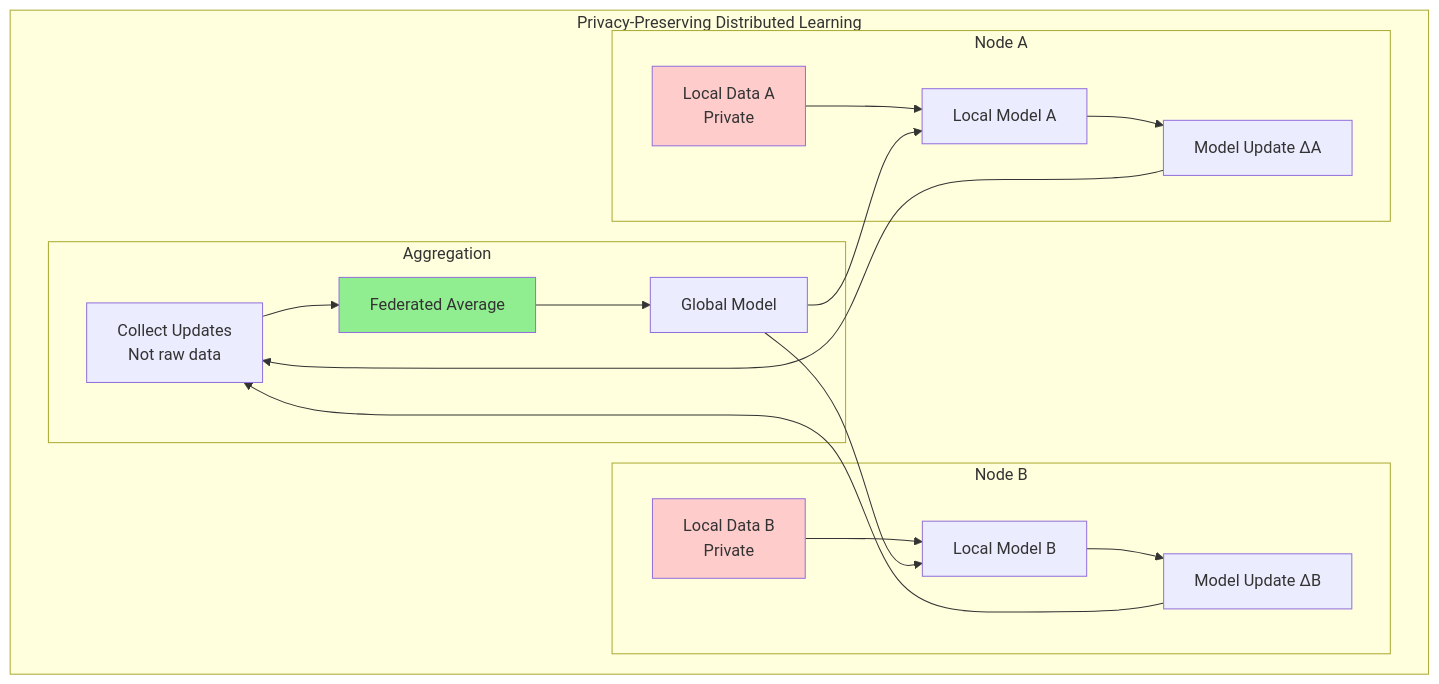
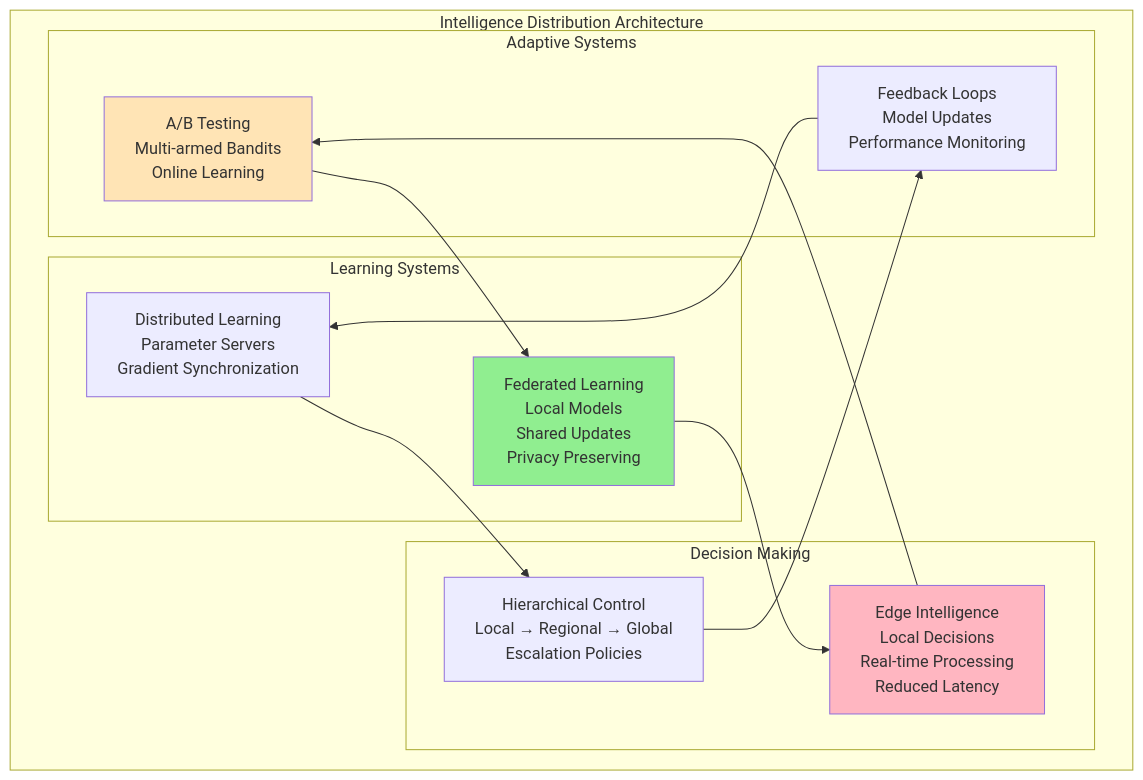
The first of 5 diagrams in docs/core-principles/pillars/intelligence-distribution.md (deepaucksharma/DStudio), drawn with Mermaid before and after one commit. The commit also changed other lines of this file and 112 other files, not shown here.

Commit message:
Update distributed systems documentation and add learning modules

````diff
--- a/docs/core-principles/pillars/intelligence-distribution.md
+++ b/docs/core-principles/pillars/intelligence-distribution.md
@@ -130,38 +17,30 @@
 ```mermaid
 graph TB
-    subgraph "Privacy-Preserving Distributed Learning"
-        subgraph "Node A"
-            DataA[Local Data A<br/>Private]
-            ModelA[Local Model A]
-            UpdateA[Model Update ΔA]
-            DataA --> ModelA
-            ModelA --> UpdateA
+    subgraph "Intelligence Distribution Architecture"
+        subgraph "Learning Systems"
+            FL[Federated Learning<br/>Local Models<br/>Shared Updates<br/>Privacy Preserving]
+            DL[Distributed Learning<br/>Parameter Servers<br/>Gradient Synchronization]
         end
         
-        subgraph "Node B"
-            DataB[Local Data B<br/>Private]
-            ModelB[Local Model B]
-            UpdateB[Model Update ΔB]
-            DataB --> ModelB
-            ModelB --> UpdateB
+        subgraph "Decision Making"
+            Edge[Edge Intelligence<br/>Local Decisions<br/>Real-time Processing<br/>Reduced Latency]
+            Hierarchical[Hierarchical Control<br/>Local → Regional → Global<br/>Escalation Policies]
         end
         
-        subgraph "Aggregation"
-            Collect[Collect Updates<br/>Not raw data]
-            Average[Federated Average]
-            Global[Global Model]
-            
-            UpdateA --> Collect
-            UpdateB --> Collect
-            Collect --> Average
-            Average --> Global
+        subgraph "Adaptive Systems"
+            AB[A/B Testing<br/>Multi-armed Bandits<br/>Online Learning]
+            Feedback[Feedback Loops<br/>Model Updates<br/>Performance Monitoring]
         end
         
-        Global --> ModelA
-        Global --> ModelB
+        FL --> Edge
+        DL --> Hierarchical
+        Edge --> AB
+        Hierarchical --> Feedback
+        AB --> FL
+        Feedback --> DL
+        
+        style FL fill:#90EE90
+        style Edge fill:#FFB6C1
+        style AB fill:#FFE4B5
     end
-    
-    style DataA fill:#ffcccc
-    style DataB fill:#ffcccc
-    style Average fill:#90EE90
 ```
````
